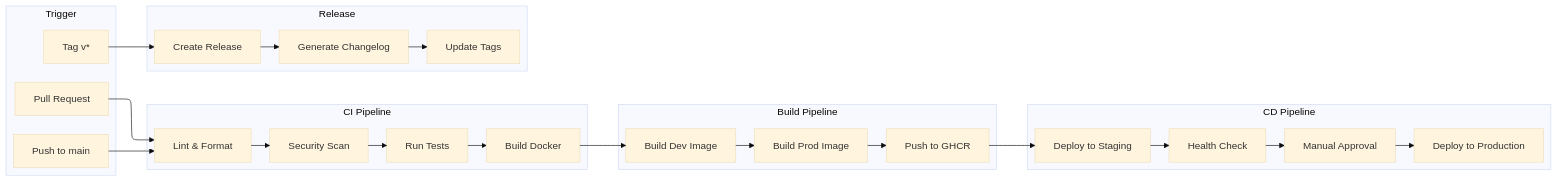
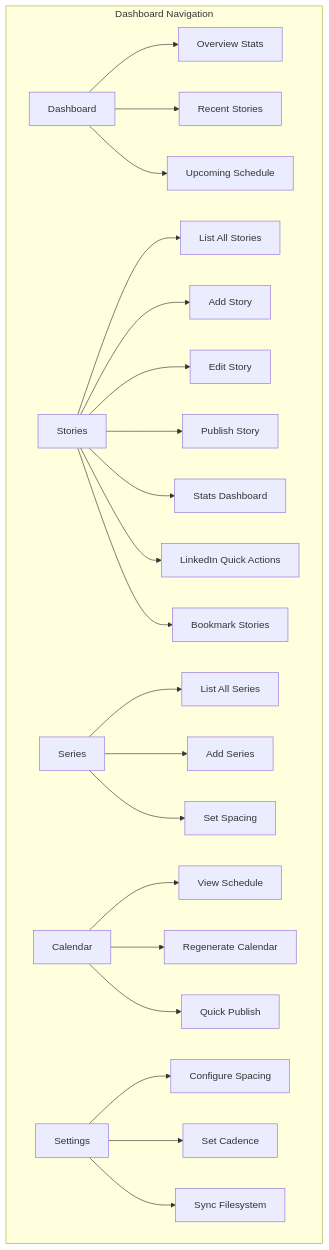
One commit to mvineetsharma79/Medium-Story-Manger changed diagram 11 of 11 in README.md. Above: the diagram before and after it, drawn with Mermaid. The commit also changed other lines of this file and 5 other files, not shown here.

````diff
--- a/README.md
+++ b/README.md
@@ -772,59 +629,28 @@
 ```mermaid
----
-config:
-  theme: base
-  layout: elk
----
-graph LR
-    subgraph "Trigger"
-        A[Push to main]
-        B[Pull Request]
-        C[Tag v*]
+graph TD
+    subgraph "Dashboard Navigation"
+        A[Dashboard] --> B[Overview Stats]
+        A --> C[Recent Stories]
+        A --> D[Upcoming Schedule]
+        
+        E[Stories] --> F[List All Stories]
+        E --> G[Add Story]
+        E --> H[Edit Story]
+        E --> I[Publish Story]
+        E --> J[Stats Dashboard]
+        E --> K[LinkedIn Quick Actions]
+        E --> L[Bookmark Stories]
+        
+        M[Series] --> N[List All Series]
+        M --> O[Add Series]
+        M --> P[Set Spacing]
+        
+        Q[Calendar] --> R[View Schedule]
+        Q --> S[Regenerate Calendar]
+        Q --> T[Quick Publish]
+        
+        U[Settings] --> V[Configure Spacing]
+        U --> W[Set Cadence]
+        U --> X[Sync Filesystem]
     end
-    
-    subgraph "CI Pipeline"
-        D[Lint & Format]
-        E[Security Scan]
-        F[Run Tests]
-        G[Build Docker]
-    end
-    
-    subgraph "Build Pipeline"
-        H[Build Dev Image]
-        I[Build Prod Image]
-        J[Push to GHCR]
-    end
-    
-    subgraph "CD Pipeline"
-        K[Deploy to Staging]
-        L[Health Check]
-        M[Manual Approval]
-        N[Deploy to Production]
-    end
-    
-    subgraph "Release"
-        O[Create Release]
-        P[Generate Changelog]
-        Q[Update Tags]
-    end
-    
-    A --> D
-    B --> D
-    C --> O
-    
-    D --> E
-    E --> F
-    F --> G
-    
-    G --> H
-    H --> I
-    I --> J
-    
-    J --> K
-    K --> L
-    L --> M
-    M --> N
-    
-    O --> P
-    P --> Q
 ```
````
